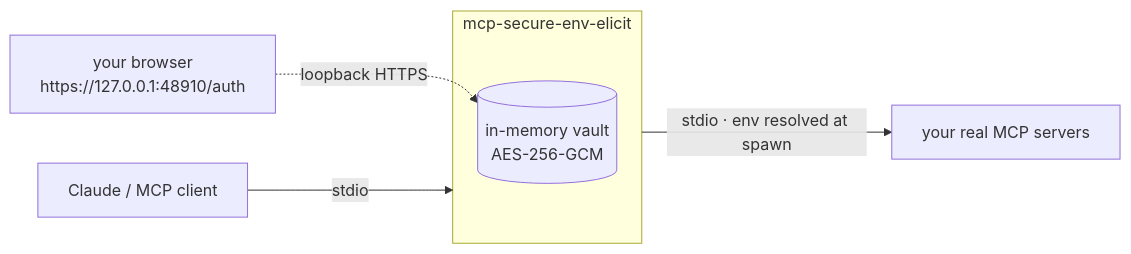
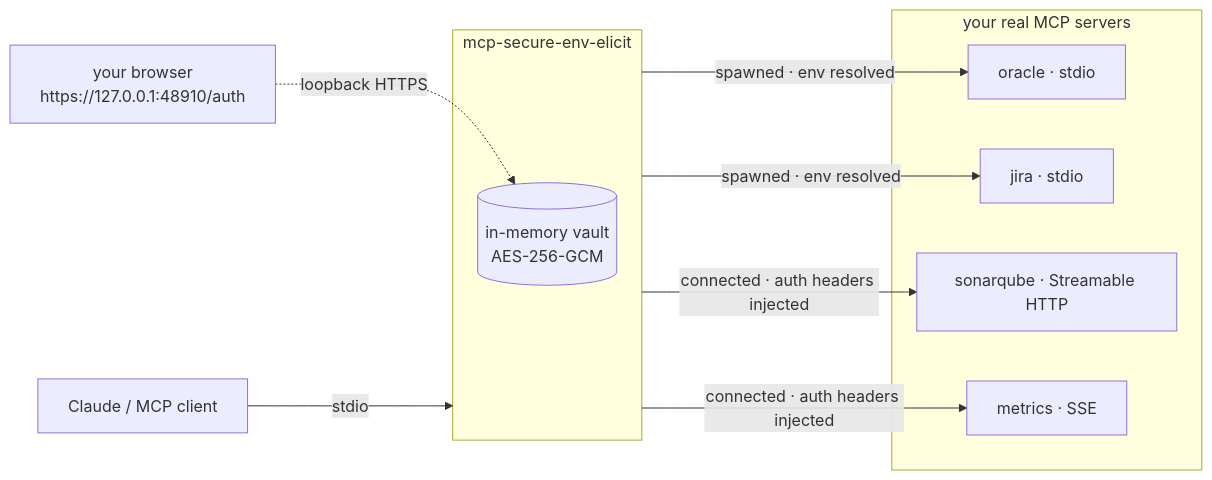
One commit to gcorroto/mcp-secure-env-elicit changed the first of 4 diagrams in README.md. Above: the diagram before and after it, drawn with Mermaid. The commit also changed other lines of this file, not shown here.

Commit message:
docs: show stdio, Streamable HTTP and SSE servers in the mermaid examples

````diff
--- a/README.md
+++ b/README.md
@@ -5,9 +5,16 @@
 ```mermaid
 flowchart LR
     subgraph wrapper["mcp-secure-env-elicit"]
         vault[("in-memory vault<br/>AES-256-GCM")]
     end
+    subgraph servers["your real MCP servers"]
+        s1["oracle · stdio"]
+        s2["jira · stdio"]
+        s3["sonarqube · Streamable HTTP"]
+        s4["metrics · SSE"]
+    end
     client["Claude / MCP client"] -- "stdio" --> wrapper
-    wrapper -- "stdio · env resolved at spawn" --> servers["your real MCP servers"]
+    wrapper -- "spawned · env resolved" --> s1 & s2
+    wrapper -- "connected · auth headers injected" --> s3 & s4
     browser["your browser<br/>https://127.0.0.1:48910/auth"] -. "loopback HTTPS" .-> vault
 ```
````
